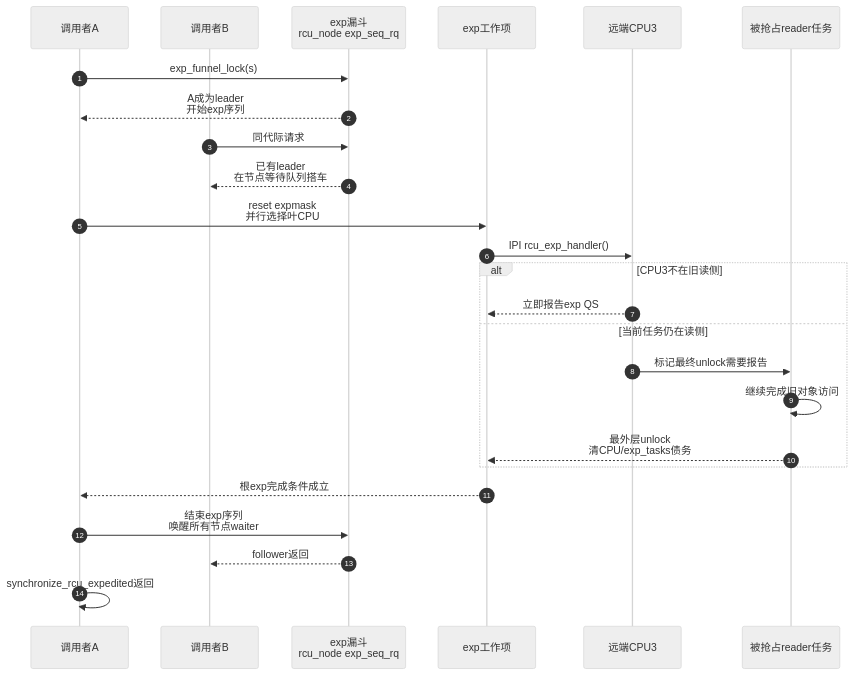
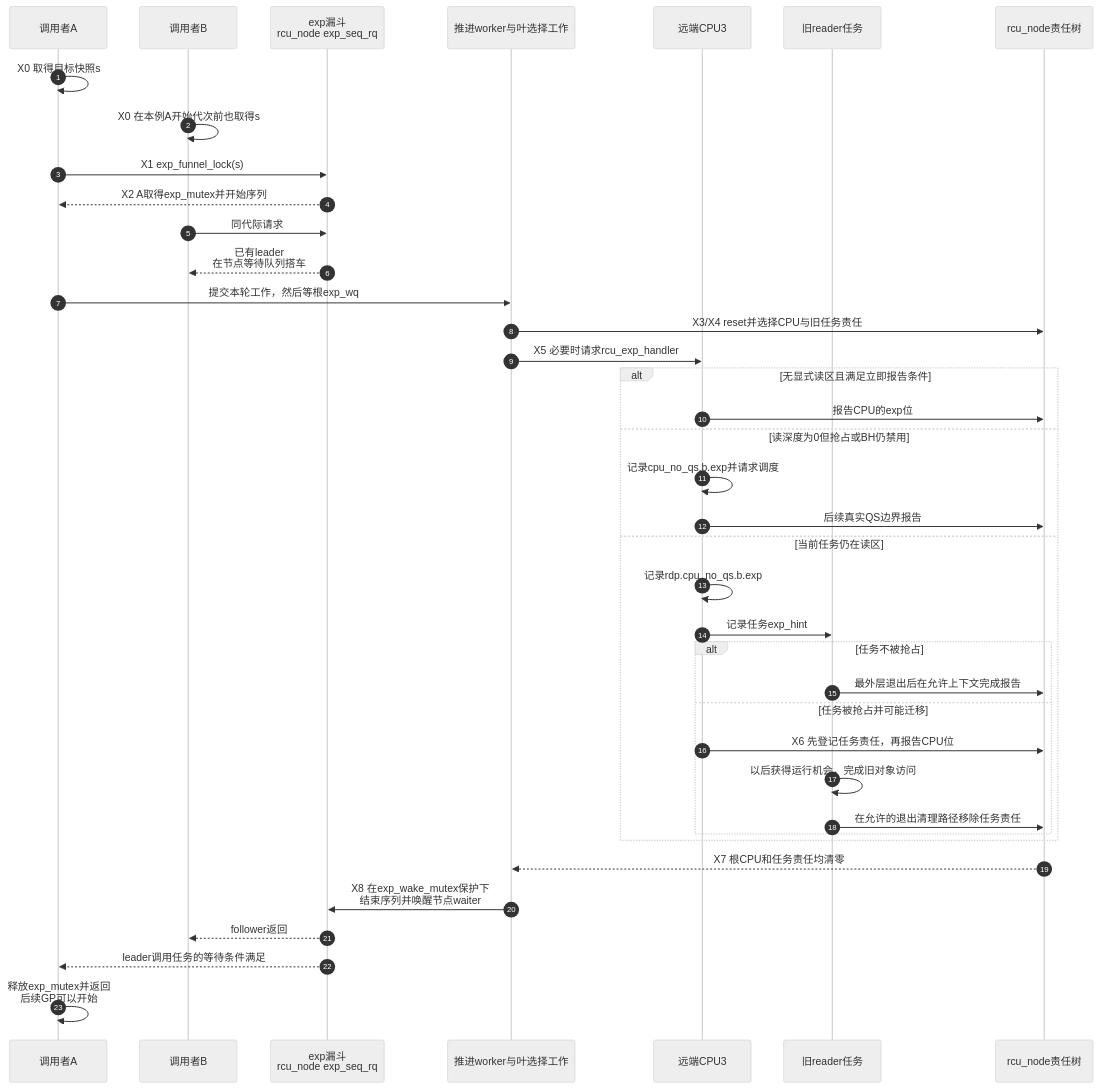
Before and after one commit to FormingSystem/linux_note: the second of 2 diagrams in knowledge/linux/synchronization_and_asynchrony/synchronization/rcu/P15_Tree_RCU_Expedited_GP.md, drawn with Mermaid (neutral theme). The commit also changed other lines of this file and 1 other file, not shown here.

First line of the commit message:
content(rcu/expedited): 补齐加急取证与远端延期条件

````diff
--- a/knowledge/linux/synchronization_and_asynchrony/synchronization/rcu/P15_Tree_RCU_Expedited_GP.md
+++ b/knowledge/linux/synchronization_and_asynchrony/synchronization/rcu/P15_Tree_RCU_Expedited_GP.md
@@ -130,31 +160,45 @@
 ```mermaid
 sequenceDiagram
     autonumber
 
     participant A as 调用者A
     participant B as 调用者B
     participant F as exp漏斗<br/>rcu_node exp_seq_rq
-    participant W as exp工作项
+    participant W as 推进worker与叶选择工作
     participant C as 远端CPU3
-    participant T as 被抢占reader任务
+    participant T as 旧reader任务
+    participant N as rcu_node责任树
 
-    A->>F: exp_funnel_lock(s)
-    F-->>A: A成为leader<br/>开始exp序列
+    A->>A: X0 取得目标快照s
+    B->>B: X0 在本例A开始代次前也取得s
+    A->>F: X1 exp_funnel_lock(s)
+    F-->>A: X2 A取得exp_mutex并开始序列
     B->>F: 同代际请求
     F-->>B: 已有leader<br/>在节点等待队列搭车
 
-    A->>W: reset expmask<br/>并行选择叶CPU
-    W->>C: IPI rcu_exp_handler()
-    alt CPU3不在旧读侧
-        C-->>W: 立即报告exp QS
-    else 当前任务仍在读侧
-        C->>T: 标记最终unlock需要报告
-        T->>T: 继续完成旧对象访问
-        T-->>W: 最外层unlock<br/>清CPU/exp_tasks债务
+    A->>W: 提交本轮工作，然后等根exp_wq
+    W->>N: X3/X4 reset并选择CPU与旧任务责任
+    W->>C: X5 必要时请求rcu_exp_handler
+    alt 无显式读区且满足立即报告条件
+        C->>N: 报告CPU的exp位
+    else 读深度为0但抢占或BH仍禁用
+        C->>C: 记录cpu_no_qs.b.exp并请求调度
+        C->>N: 后续真实QS边界报告
+    else 当前任务仍在读区
+        C->>C: 记录rdp.cpu_no_qs.b.exp
+        C->>T: 记录任务exp_hint
+        alt 任务不被抢占
+            T->>N: 最外层退出后在允许上下文完成报告
+        else 任务被抢占并可能迁移
+            C->>N: X6 先登记任务责任，再报告CPU位
+            T->>T: 以后获得运行机会，完成旧对象访问
+            T->>N: 在允许的退出清理路径移除任务责任
+        end
     end
 
-    W-->>A: 根exp完成条件成立
-    A->>F: 结束exp序列<br/>唤醒所有节点waiter
+    N-->>W: X7 根CPU和任务责任均清零
+    W->>F: X8 在exp_wake_mutex保护下<br/>结束序列并唤醒节点waiter
     F-->>B: follower返回
-    A->>A: synchronize_rcu_expedited返回
+    F-->>A: leader调用任务的等待条件满足
+    A->>A: 释放exp_mutex并返回<br/>后续GP可以开始
 ```
````
